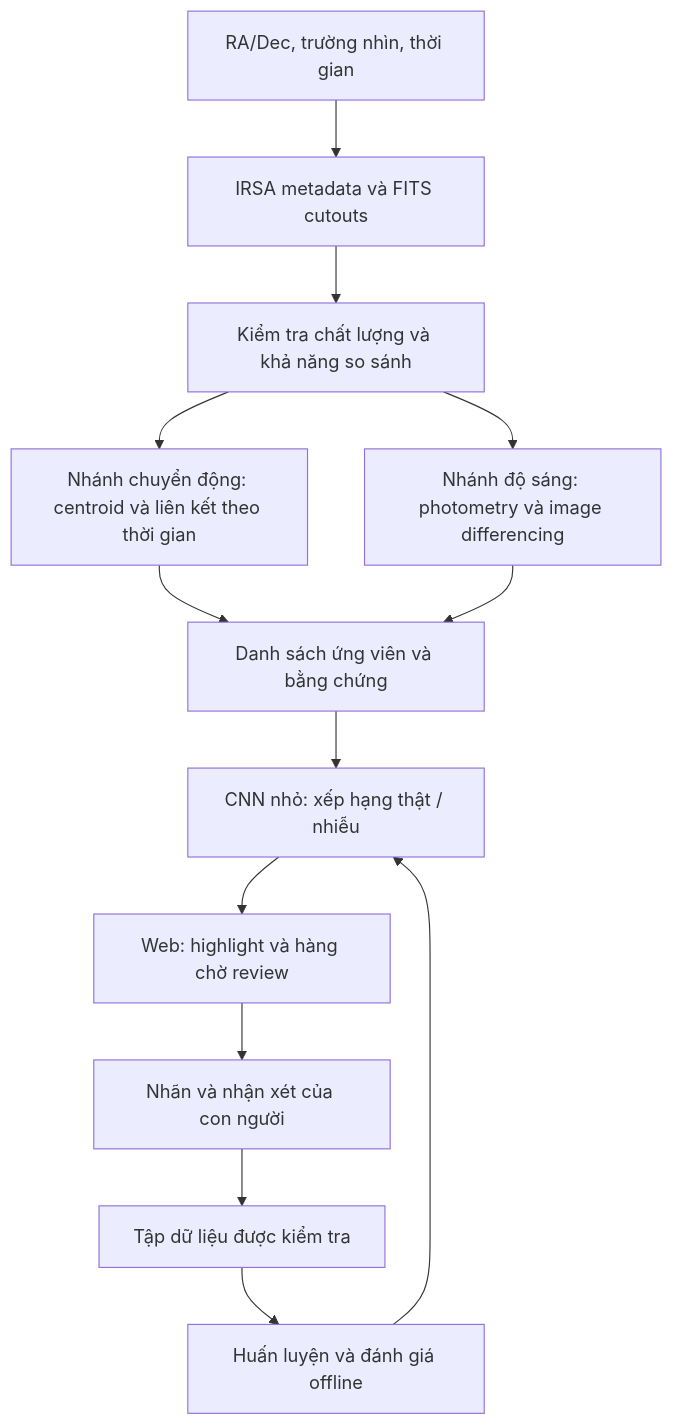
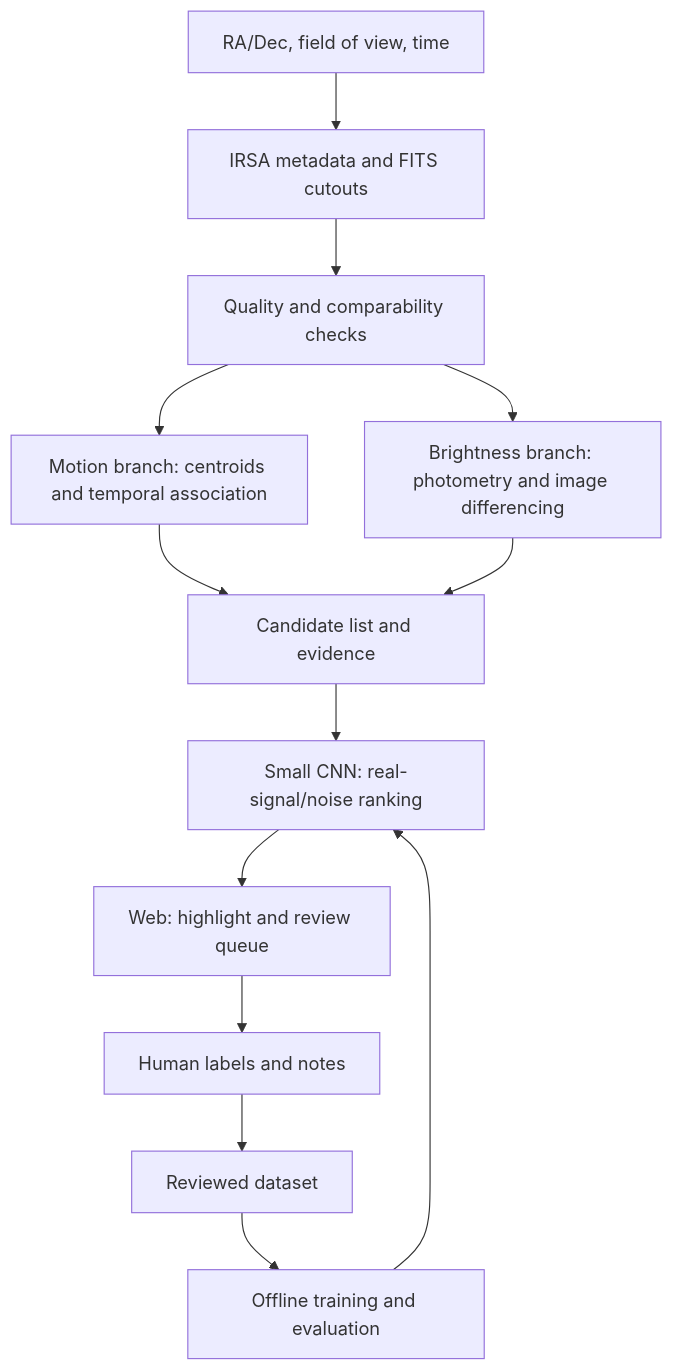
Before and after one commit to dakiemdarktharr/nosleepclub_nasa_spherex: the diagram in docs/DEEP_RESEARCH_VISION.md, drawn with Mermaid. The commit also changed other lines of this file and 80 other files, not shown here.

````diff
--- a/docs/DEEP_RESEARCH_VISION.md
+++ b/docs/DEEP_RESEARCH_VISION.md
@@ -85,15 +85,15 @@
 ```mermaid
 flowchart TD
-    A[RA/Dec, trường nhìn, thời gian] --> B[IRSA metadata và FITS cutouts]
-    B --> C[Kiểm tra chất lượng và khả năng so sánh]
-    C --> D[Nhánh chuyển động: centroid và liên kết theo thời gian]
-    C --> E[Nhánh độ sáng: photometry và image differencing]
-    D --> F[Danh sách ứng viên và bằng chứng]
+    A[RA/Dec, field of view, time] --> B[IRSA metadata and FITS cutouts]
+    B --> C[Quality and comparability checks]
+    C --> D[Motion branch: centroids and temporal association]
+    C --> E[Brightness branch: photometry and image differencing]
+    D --> F[Candidate list and evidence]
     E --> F
-    F --> G[CNN nhỏ: xếp hạng thật / nhiễu]
-    G --> H[Web: highlight và hàng chờ review]
-    H --> I[Nhãn và nhận xét của con người]
-    I --> J[Tập dữ liệu được kiểm tra]
-    J --> K[Huấn luyện và đánh giá offline]
+    F --> G[Small CNN: real-signal/noise ranking]
+    G --> H[Web: highlight and review queue]
+    H --> I[Human labels and notes]
+    I --> J[Reviewed dataset]
+    J --> K[Offline training and evaluation]
     K --> G
 ```
````
